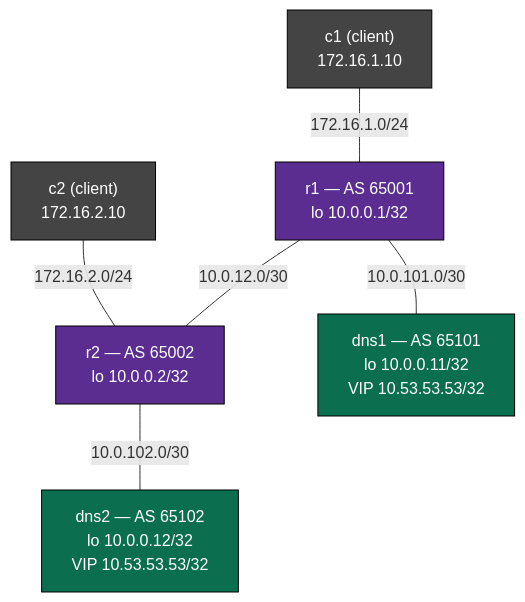
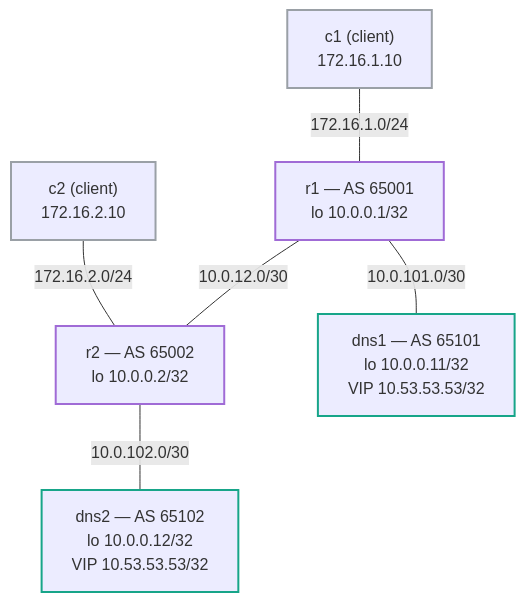
Before and after one commit to jschless/networkingLabs: the diagram in labs/anycast-dns/README.md, drawn with Mermaid. The commit also changed 250 other files, not shown here.

Commit message:
Fix unreadable topology diagrams, convert ASCII art, publish assessments (#57)

````diff
--- a/labs/anycast-dns/README.md
+++ b/labs/anycast-dns/README.md
@@ -16,22 +16,22 @@
 ```mermaid
 flowchart TB
-    c1["c1 (client)\n172.16.1.10"]
-    c2["c2 (client)\n172.16.2.10"]
-    r1["r1 — AS 65001\nlo 10.0.0.1/32"]
-    r2["r2 — AS 65002\nlo 10.0.0.2/32"]
-    dns1["dns1 — AS 65101\nlo 10.0.0.11/32\nVIP 10.53.53.53/32"]
-    dns2["dns2 — AS 65102\nlo 10.0.0.12/32\nVIP 10.53.53.53/32"]
+    c1["c1 (client)<br/>172.16.1.10"]
+    c2["c2 (client)<br/>172.16.2.10"]
+    r1["r1 — AS 65001<br/>lo 10.0.0.1/32"]
+    r2["r2 — AS 65002<br/>lo 10.0.0.2/32"]
+    dns1["dns1 — AS 65101<br/>lo 10.0.0.11/32<br/>VIP 10.53.53.53/32"]
+    dns2["dns2 — AS 65102<br/>lo 10.0.0.12/32<br/>VIP 10.53.53.53/32"]
 
     c1 --- |"172.16.1.0/24"| r1
     c2 --- |"172.16.2.0/24"| r2
     r1 --- |"10.0.12.0/30"| r2
     r1 --- |"10.0.101.0/30"| dns1
     r2 --- |"10.0.102.0/30"| dns2
 
-    classDef rtr fill:#5c2d91,color:#fff,stroke:#000
-    classDef srv fill:#0b6e4f,color:#fff,stroke:#000
-    classDef cli fill:#444,color:#fff,stroke:#000
+    classDef rtr stroke:#a06bd6,stroke-width:2px
+    classDef srv stroke:#17a589,stroke-width:2px
+    classDef cli stroke:#9aa0a6,stroke-width:2px
     class r1,r2 rtr
     class dns1,dns2 srv
     class c1,c2 cli
 ```
````
